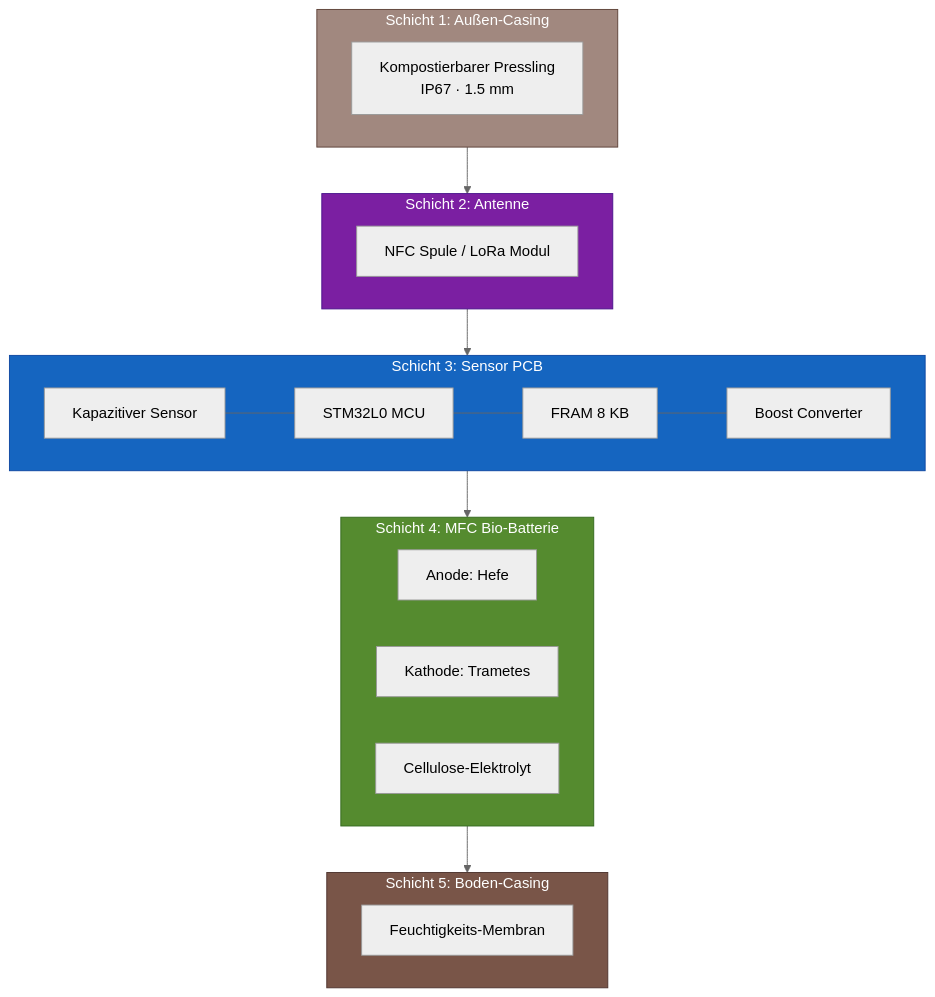
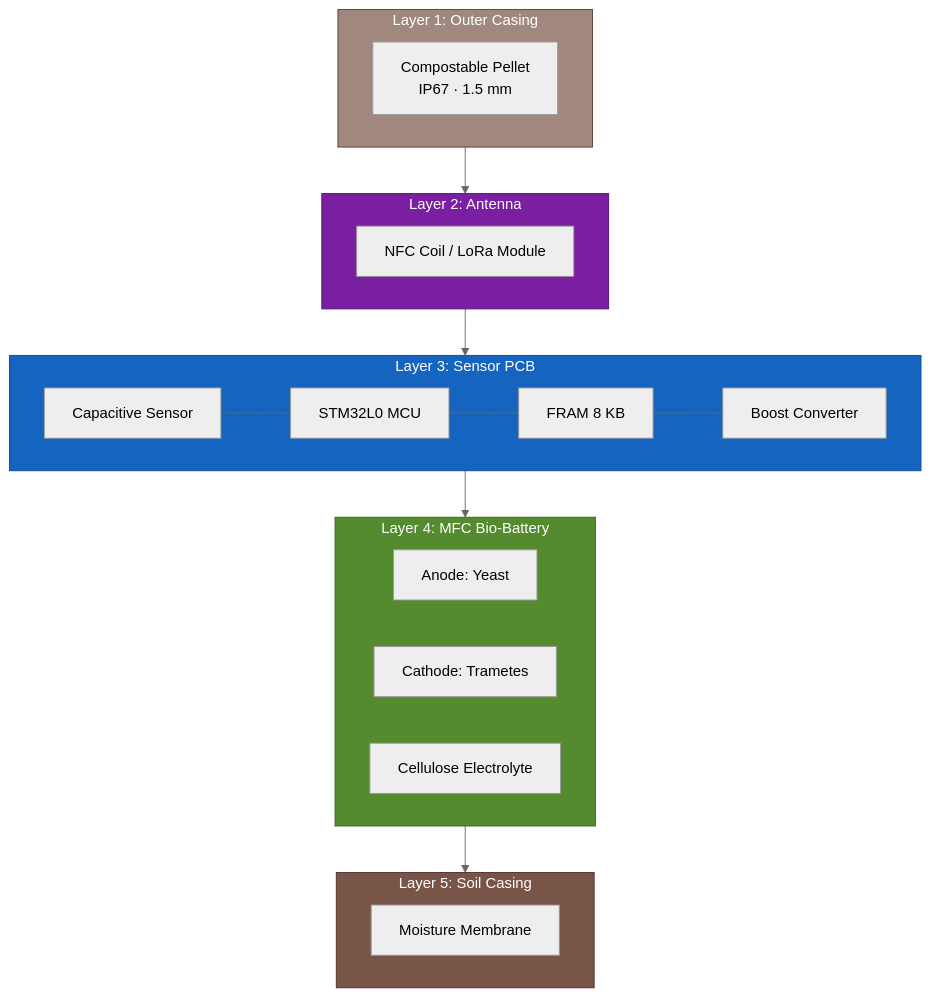
Before and after one commit to tobias-weiss-ai-xr/mykovolt: the second of 8 diagrams in README.md, drawn with Mermaid (neutral theme). The commit also changed other lines of this file and 1 other file, not shown here.

````diff
--- a/README.md
+++ b/README.md
@@ -110,30 +110,30 @@
 ```mermaid
 flowchart TB
-    subgraph L1["Schicht 1: Außen-Casing"]
-        C1["Kompostierbarer Pressling\nIP67 · 1.5 mm"]
+    subgraph L1["Layer 1: Outer Casing"]
+        C1["Compostable Pellet\nIP67 · 1.5 mm"]
     end
-    subgraph L2["Schicht 2: Antenne"]
-        C2["NFC Spule / LoRa Modul"]
+    subgraph L2["Layer 2: Antenna"]
+        C2["NFC Coil / LoRa Module"]
     end
-    subgraph L3["Schicht 3: Sensor PCB"]
-        C3["Kapazitiver Sensor"]
+    subgraph L3["Layer 3: Sensor PCB"]
+        C3["Capacitive Sensor"]
         C4["STM32L0 MCU"]
         C5["FRAM 8 KB"]
         C6["Boost Converter"]
         C3 --- C4 --- C5 --- C6
     end
-    subgraph L4["Schicht 4: MFC Bio-Batterie"]
-        C7["Anode: Hefe"]
-        C8["Kathode: Trametes"]
-        C9["Cellulose-Elektrolyt"]
+    subgraph L4["Layer 4: MFC Bio-Battery"]
+        C7["Anode: Yeast"]
+        C8["Cathode: Trametes"]
+        C9["Cellulose Electrolyte"]
     end
-    subgraph L5["Schicht 5: Boden-Casing"]
-        C10["Feuchtigkeits-Membran"]
+    subgraph L5["Layer 5: Soil Casing"]
+        C10["Moisture Membrane"]
     end
     L1 --> L2 --> L3 --> L4 --> L5
     style L1 fill:#A1887F,stroke:#5D4037,color:#fff
     style L2 fill:#7B1FA2,stroke:#4A148C,color:#fff
     style L3 fill:#1565C0,stroke:#0D47A1,color:#fff
     style L4 fill:#558B2F,stroke:#33691E,color:#fff
     style L5 fill:#795548,stroke:#4E342E,color:#fff
 ```
````
